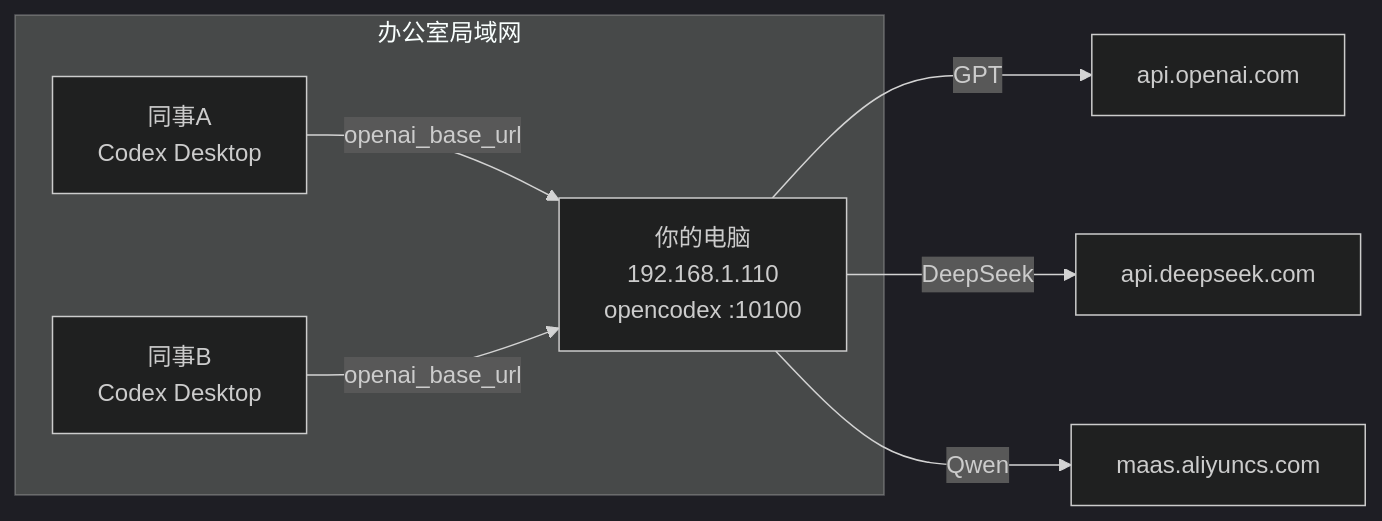
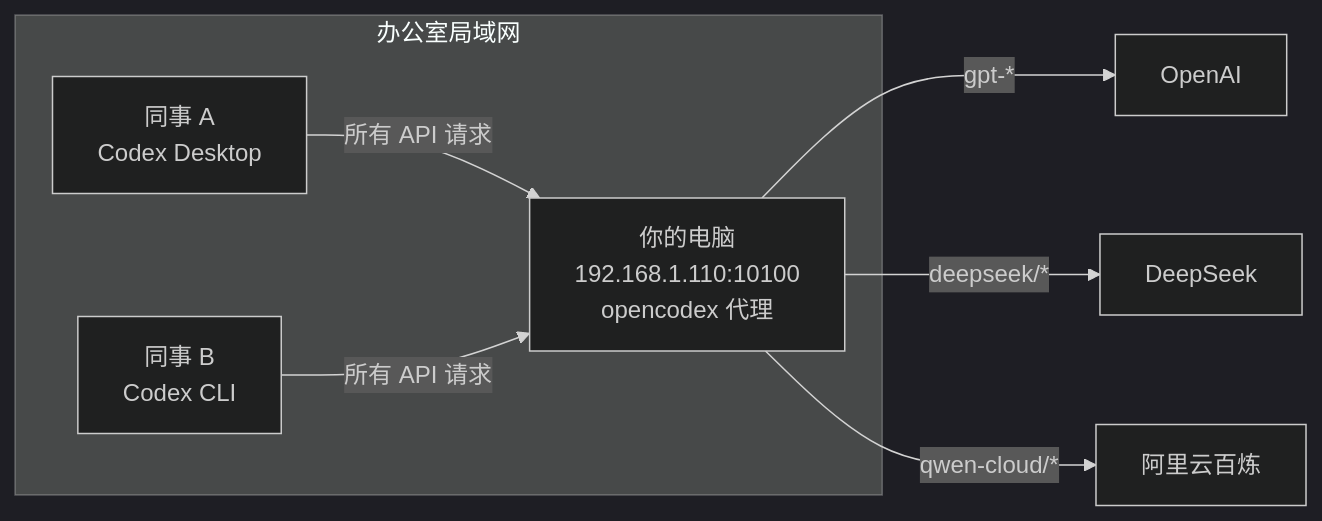
Before and after one commit to orulink-ai/opencodex-lan-share: the diagram in README.md, drawn with Mermaid (dark theme). The commit also changed other lines of this file, not shown here.

First line of the commit message:
docs: 添加非程序员一键接入命令，支持从 GitHub raw URL 直接运行

````diff
--- a/README.md
+++ b/README.md
@@ -18,14 +20,14 @@
 ```mermaid
 flowchart LR
-    subgraph 办公室局域网
-        Server[你的电脑<br/>192.168.1.110<br/>opencodex :10100]
-        ClientA[同事A<br/>Codex Desktop]
-        ClientB[同事B<br/>Codex Desktop]
+    subgraph LAN[办公室局域网]
+        Server[你的电脑<br/>192.168.1.110:10100<br/>opencodex 代理]
+        ClientA[同事 A<br/>Codex Desktop]
+        ClientB[同事 B<br/>Codex CLI]
     end
 
-    ClientA -->|openai_base_url| Server
-    ClientB -->|openai_base_url| Server
-    Server -->|GPT| OpenAI[api.openai.com]
-    Server -->|DeepSeek| DS[api.deepseek.com]
-    Server -->|Qwen| Aliyun[maas.aliyuncs.com]
+    ClientA -->|"所有 API 请求"| Server
+    ClientB -->|"所有 API 请求"| Server
+    Server -->|"gpt-*"| OpenAI[OpenAI]
+    Server -->|"deepseek/*"| DeepSeek[DeepSeek]
+    Server -->|"qwen-cloud/*"| Aliyun[阿里云百炼]
 ```
````
